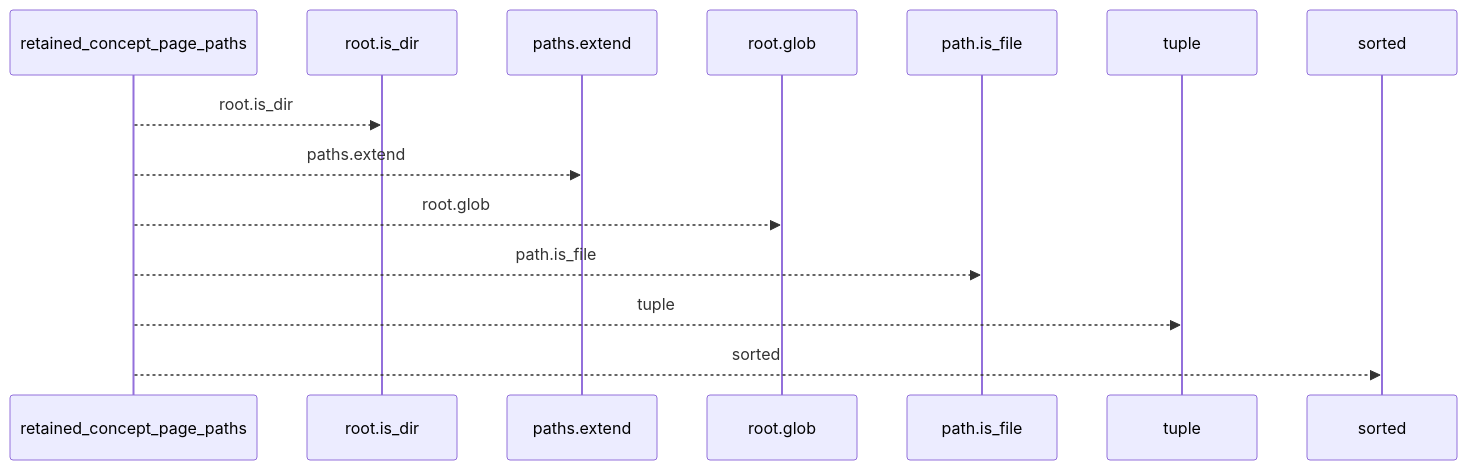
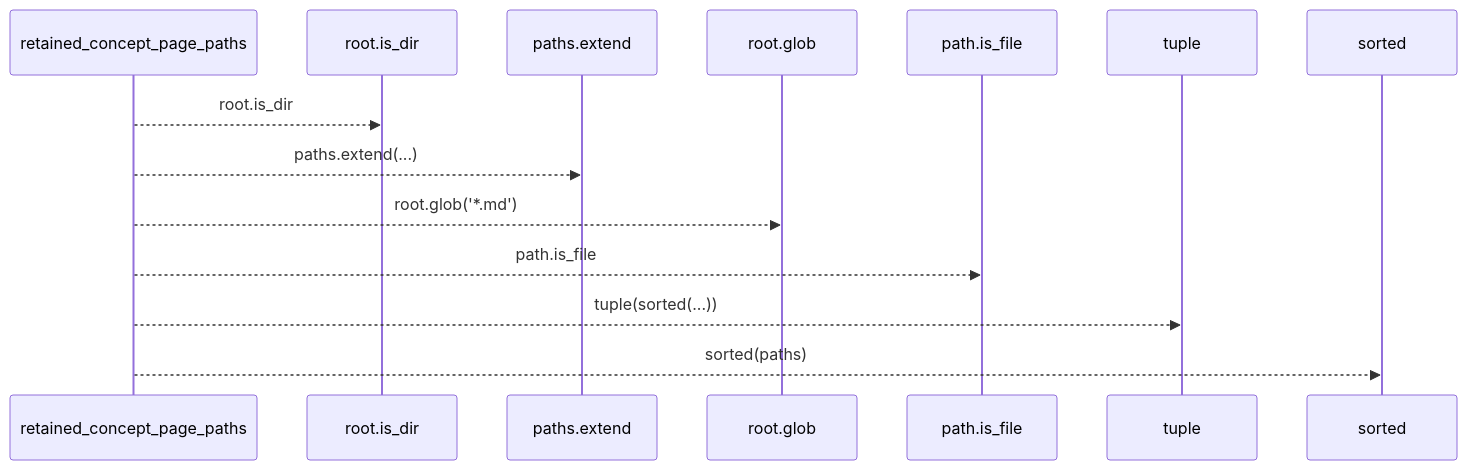
Before and after one commit to Denissvgn/python-wiki-llm: the first of 2 diagrams in docs/llm_wiki/flows/api-retained_concept_page_paths.md, drawn with Mermaid. The commit also changed other lines of this file and 1410 other files, not shown here.

````diff
--- a/docs/llm_wiki/flows/api-retained_concept_page_paths.md
+++ b/docs/llm_wiki/flows/api-retained_concept_page_paths.md
@@ -10,16 +12,16 @@
 ```mermaid
 sequenceDiagram
     participant p0 as retained_concept_page_paths
     participant p1 as root.is_dir
     participant p2 as paths.extend
     participant p3 as root.glob
     participant p4 as path.is_file
     participant p5 as tuple
     participant p6 as sorted
     p0-->>p1: root.is_dir
-    p0-->>p2: paths.extend
-    p0-->>p3: root.glob
+    p0-->>p2: paths.extend(...)
+    p0-->>p3: root.glob('*.md')
     p0-->>p4: path.is_file
-    p0-->>p5: tuple
-    p0-->>p6: sorted
+    p0-->>p5: tuple(sorted(...))
+    p0-->>p6: sorted(paths)
 ```
````
